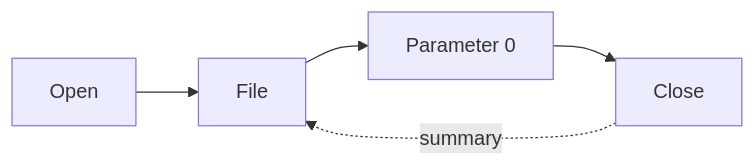
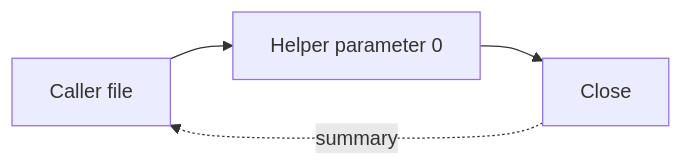
One commit to kojah/gohawk changed the second of 2 diagrams in talks/golangnyc/slides.md. Above: the diagram before and after it, drawn with Mermaid. The commit also changed other lines of this file and 3 other files, not shown here.

````diff
--- a/talks/golangnyc/slides.md
+++ b/talks/golangnyc/slides.md
@@ -343,7 +239,6 @@
 ```mermaid
 flowchart LR
-  O[Open] --> V[File]
-  V --> B[Parameter 0]
+  O[Caller file] --> B[Helper parameter 0]
   B --> C[Close]
-  C -. summary .-> V
+  C -. summary .-> O
 ```
````
